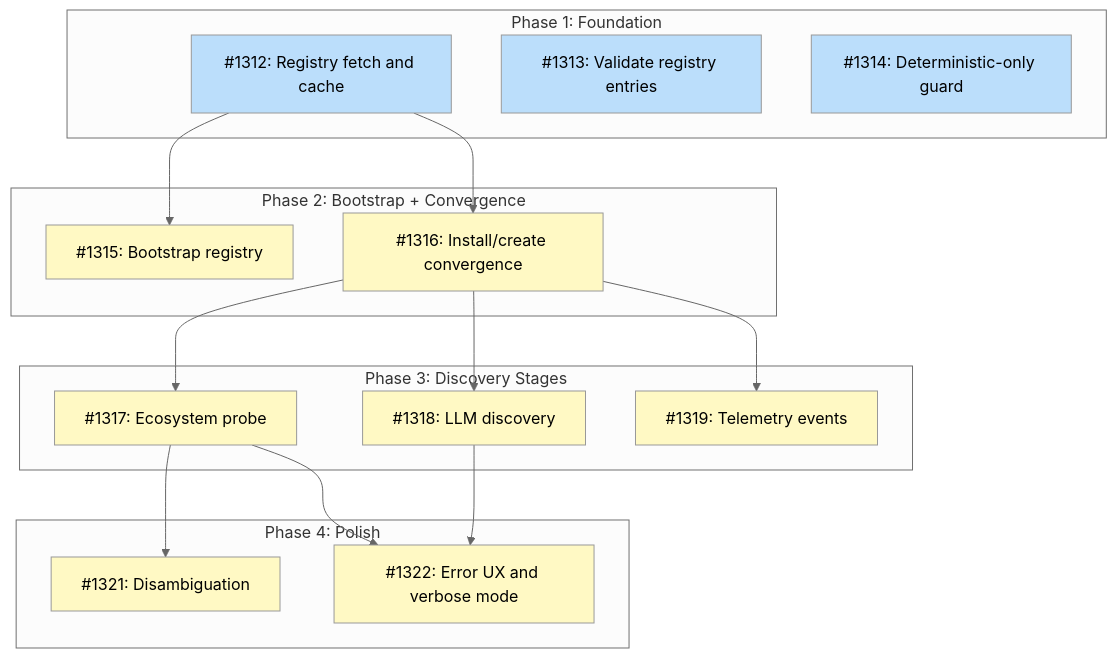
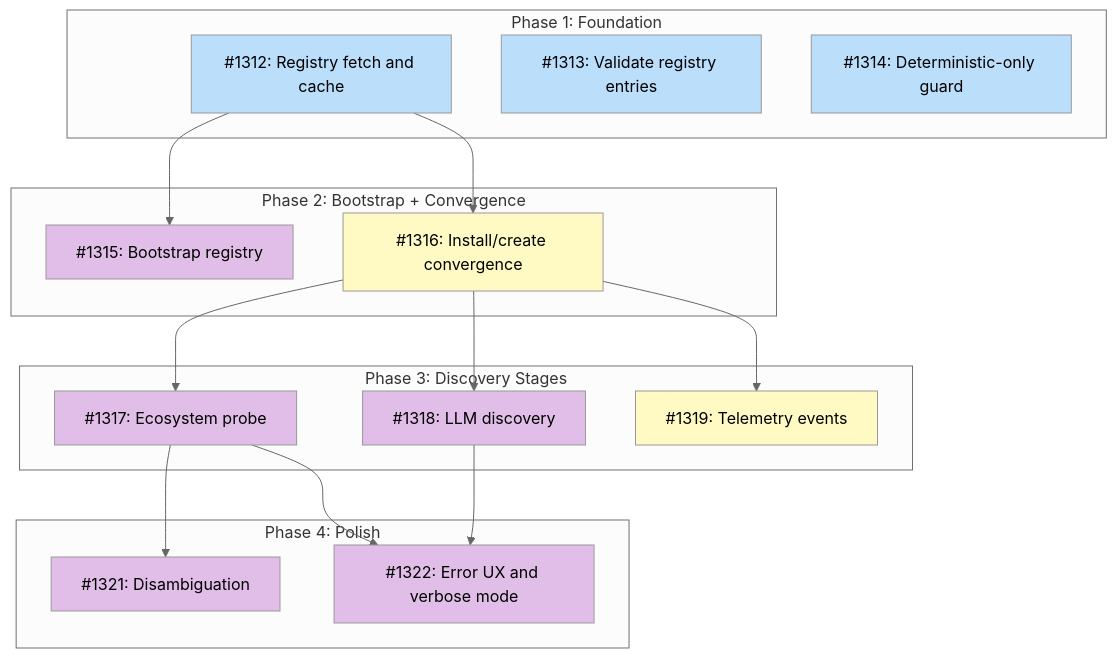
Before and after one commit to tsukumogami/tsuku: the diagram in docs/designs/DESIGN-discovery-resolver.md, drawn with Mermaid (neutral theme).

Commit message:
docs(discover): mark 5 issues as needs-design in diagram
Issues 1315, 1317, 1318, 1321, and 1322 need design exploration
before implementation. Update Mermaid diagram to show them in
purple (needsDesign) instead of yellow (blocked).

````diff
--- a/docs/designs/DESIGN-discovery-resolver.md
+++ b/docs/designs/DESIGN-discovery-resolver.md
@@ -31,41 +31,42 @@
 ```mermaid
 graph TD
     subgraph Phase1["Phase 1: Foundation"]
         I1312["#1312: Registry fetch and cache"]
         I1313["#1313: Validate registry entries"]
         I1314["#1314: Deterministic-only guard"]
     end
 
     subgraph Phase2["Phase 2: Bootstrap + Convergence"]
         I1315["#1315: Bootstrap registry"]
         I1316["#1316: Install/create convergence"]
     end
 
     subgraph Phase3["Phase 3: Discovery Stages"]
         I1317["#1317: Ecosystem probe"]
         I1318["#1318: LLM discovery"]
         I1319["#1319: Telemetry events"]
     end
 
     subgraph Phase4["Phase 4: Polish"]
         I1321["#1321: Disambiguation"]
         I1322["#1322: Error UX and verbose mode"]
     end
 
     I1312 --> I1315
     I1312 --> I1316
     I1316 --> I1317
     I1316 --> I1318
     I1316 --> I1319
     I1317 --> I1321
     I1317 --> I1322
     I1318 --> I1322
 
     classDef done fill:#c8e6c9
     classDef ready fill:#bbdefb
     classDef blocked fill:#fff9c4
     classDef needsDesign fill:#e1bee7
 
     class I1312,I1313,I1314 ready
-    class I1315,I1316,I1317,I1318,I1319,I1321,I1322 blocked
+    class I1316,I1319 blocked
+    class I1315,I1317,I1318,I1321,I1322 needsDesign
 ```
````
